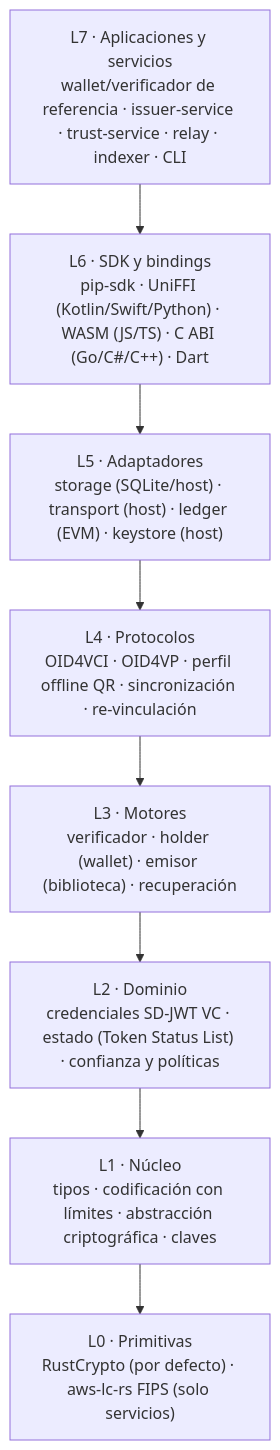
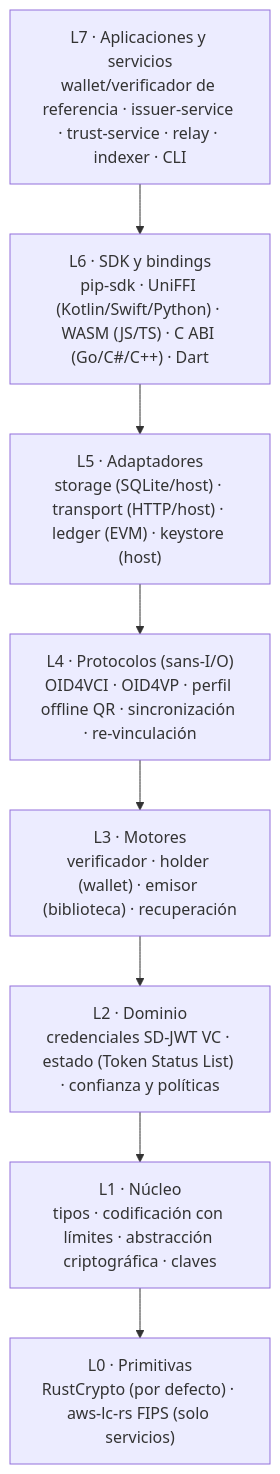
Before and after one commit to angelnereira/gravital-id: the second of 4 diagrams in docs/ARCHITECTURE.md, drawn with Mermaid. The commit also changed other lines of this file and 19 other files, not shown here.

First line of the commit message:
docs: architecture review v0.2 with proposed ADR-0016..0020

````diff
--- a/docs/ARCHITECTURE.md
+++ b/docs/ARCHITECTURE.md
@@ -195,12 +198,12 @@
 ```mermaid
 flowchart TB
     L7["L7 · Aplicaciones y servicios<br/>wallet/verificador de referencia · issuer-service · trust-service · relay · indexer · CLI"]
     L6["L6 · SDK y bindings<br/>pip-sdk · UniFFI (Kotlin/Swift/Python) · WASM (JS/TS) · C ABI (Go/C#/C++) · Dart"]
-    L5["L5 · Adaptadores<br/>storage (SQLite/host) · transport (host) · ledger (EVM) · keystore (host)"]
-    L4["L4 · Protocolos<br/>OID4VCI · OID4VP · perfil offline QR · sincronización · re-vinculación"]
+    L5["L5 · Adaptadores<br/>storage (SQLite/host) · transport (HTTP/host) · ledger (EVM) · keystore (host)"]
+    L4["L4 · Protocolos (sans-I/O)<br/>OID4VCI · OID4VP · perfil offline QR · sincronización · re-vinculación"]
     L3["L3 · Motores<br/>verificador · holder (wallet) · emisor (biblioteca) · recuperación"]
     L2["L2 · Dominio<br/>credenciales SD-JWT VC · estado (Token Status List) · confianza y políticas"]
     L1["L1 · Núcleo<br/>tipos · codificación con límites · abstracción criptográfica · claves"]
     L0["L0 · Primitivas<br/>RustCrypto (por defecto) · aws-lc-rs FIPS (solo servicios)"]
     L7 --> L6 --> L5 --> L4 --> L3 --> L2 --> L1 --> L0
 ```
````
